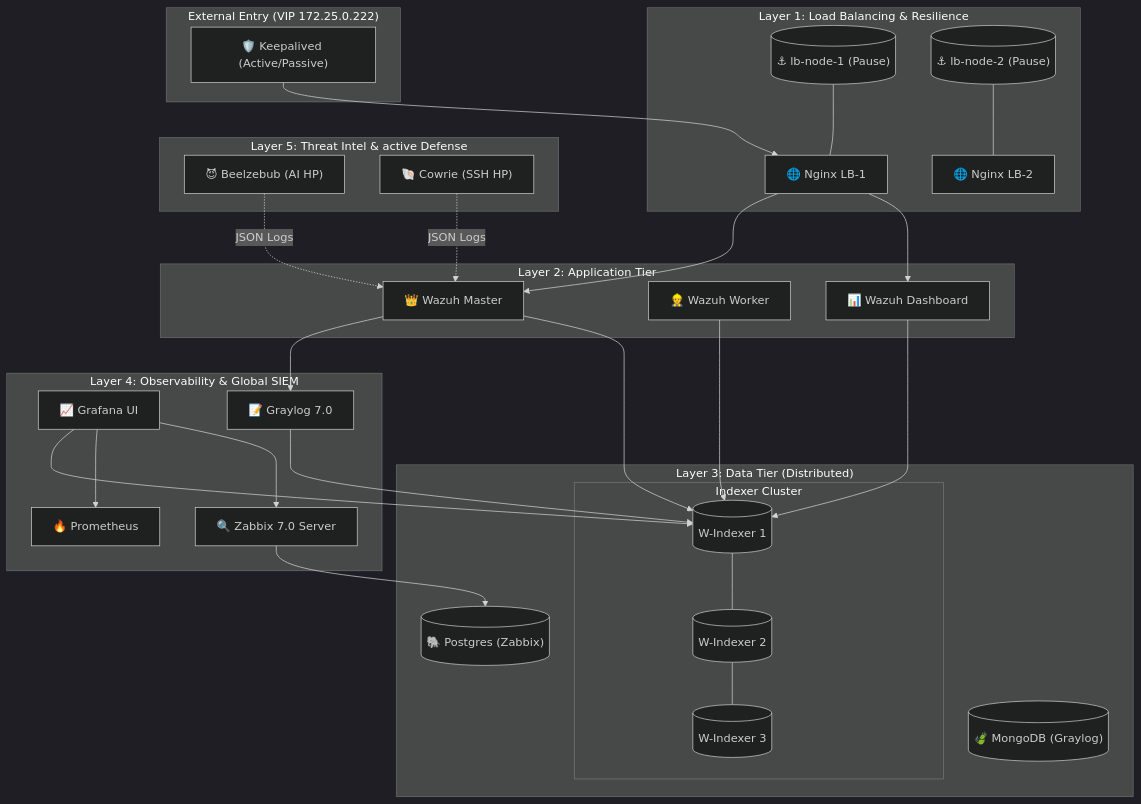
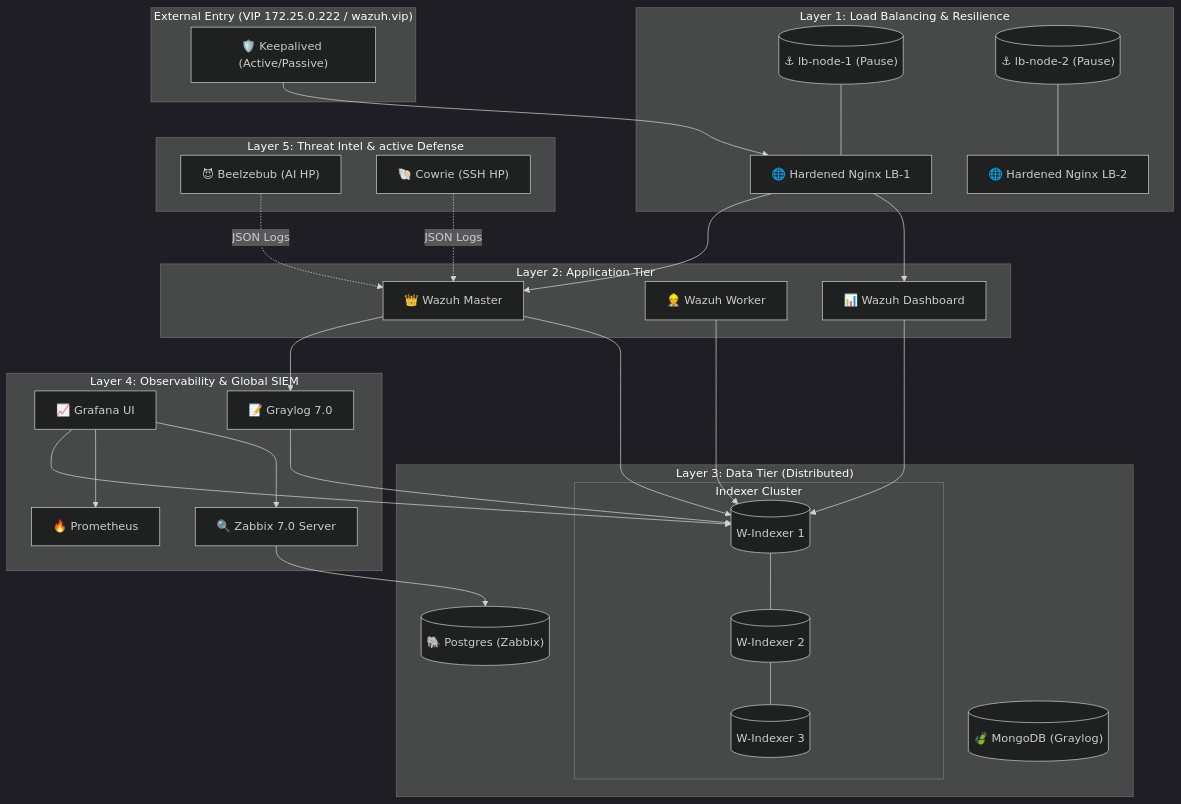
Before and after one commit to SaeidSec/Secret-Project: the first of 3 diagrams in multi-node/MASTER_PROJECT_DOCUMENTATION.md, drawn with Mermaid (dark theme). The commit also changed other lines of this file and 1 other file, not shown here.

````diff
--- a/multi-node/MASTER_PROJECT_DOCUMENTATION.md
+++ b/multi-node/MASTER_PROJECT_DOCUMENTATION.md
@@ -74,64 +74,64 @@
 ```mermaid
 graph TD
-    subgraph "External Entry (VIP 172.25.0.222)"
+    subgraph "External Entry (VIP 172.25.0.222 / wazuh.vip)"
         VRRP["🛡️ Keepalived (Active/Passive)"]
     end
 
     subgraph "Layer 1: Load Balancing & Resilience"
-        LB1["🌐 Nginx LB-1"]
-        LB2["🌐 Nginx LB-2"]
+        LB1["🌐 Hardened Nginx LB-1"]
+        LB2["🌐 Hardened Nginx LB-2"]
         ANCHOR1[("⚓ lb-node-1 (Pause)")]
         ANCHOR2[("⚓ lb-node-2 (Pause)")]
         
         ANCHOR1 --- LB1
         ANCHOR2 --- LB2
     end
 
     subgraph "Layer 2: Application Tier"
         W_MASTER["👑 Wazuh Master"]
         W_WORKER["👷 Wazuh Worker"]
         W_DASH["📊 Wazuh Dashboard"]
     end
 
     subgraph "Layer 3: Data Tier (Distributed)"
         subgraph "Indexer Cluster"
             IDX1[("W-Indexer 1")]
             IDX2[("W-Indexer 2")]
             IDX3[("W-Indexer 3")]
         end
         MONGO[("🍃 MongoDB (Graylog)")]
         POSTGRES[("🐘 Postgres (Zabbix)")]
     end
 
     subgraph "Layer 4: Observability & Global SIEM"
         Z_SERVER["🔍 Zabbix 7.0 Server"]
         GRAFANA["📈 Grafana UI"]
         PROM["🔥 Prometheus"]
         GRAYLOG["📝 Graylog 7.0"]
     end
 
     subgraph "Layer 5: Threat Intel & active Defense"
         BEELZEBUB["😈 Beelzebub (AI HP)"]
         COWRIE["🐚 Cowrie (SSH HP)"]
     end
 
     %% Routing logic
     VRRP --> LB1
     LB1 --> W_DASH
     LB1 --> W_MASTER
     W_MASTER --> IDX1
     W_WORKER --> IDX1
     IDX1 --- IDX2 --- IDX3
     W_DASH --> IDX1
     
     BEELZEBUB -.->|"JSON Logs"| W_MASTER
     COWRIE -.->|"JSON Logs"| W_MASTER
     
     W_MASTER --> GRAYLOG
     GRAYLOG --> IDX1
     
     Z_SERVER --> POSTGRES
     GRAFANA --> Z_SERVER
     GRAFANA --> PROM
     GRAFANA --> IDX1
 ```
````
